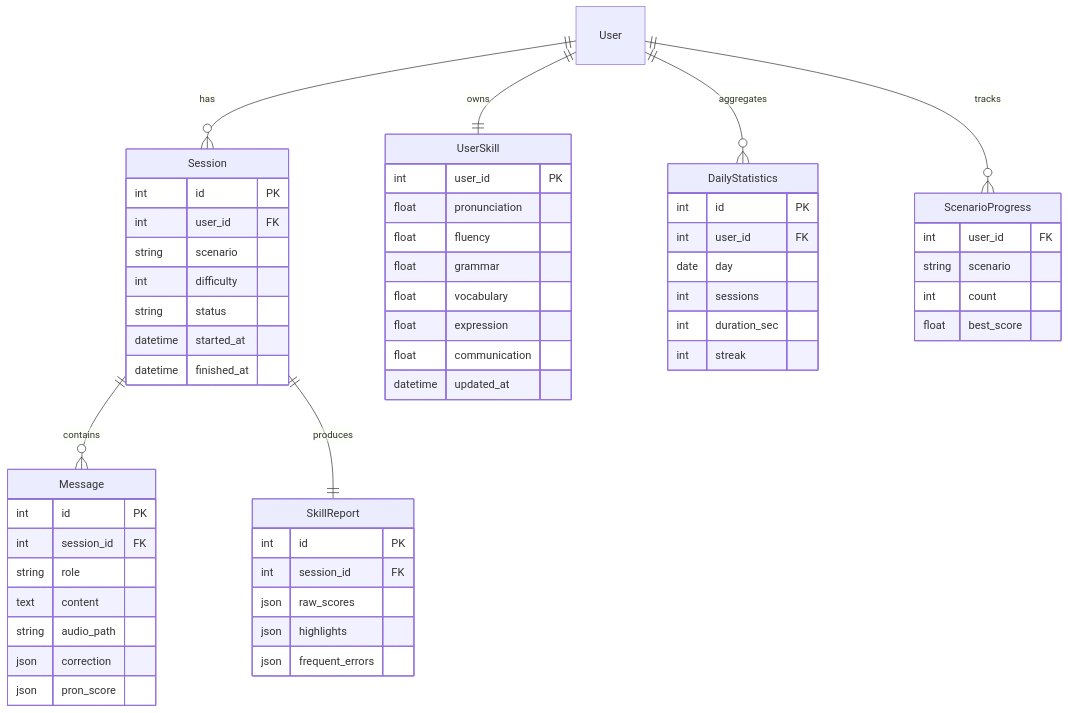
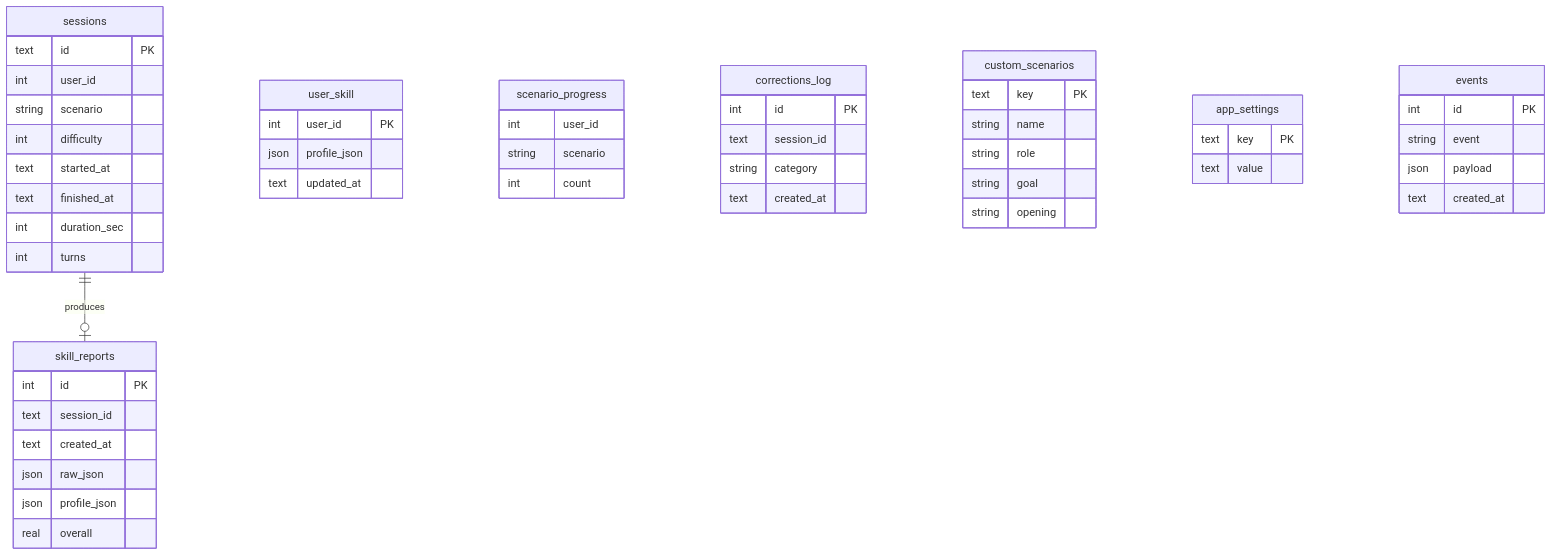
Before and after one commit to zhoutingunl/speak_mate: the third of 3 diagrams in design.md, drawn with Mermaid. The commit also changed other lines of this file and 2 other files, not shown here.

````diff
--- a/design.md
+++ b/design.md
@@ -472,59 +486,55 @@
 ```mermaid
 erDiagram
-    User ||--o{ Session : has
-    Session ||--o{ Message : contains
-    Session ||--|| SkillReport : produces
-    User ||--|| UserSkill : owns
-    User ||--o{ DailyStatistics : aggregates
-    User ||--o{ ScenarioProgress : tracks
-
-    Session {
-        int id PK
-        int user_id FK
+    sessions ||--o| skill_reports : produces
+    sessions {
+        text id PK
+        int user_id
         string scenario
         int difficulty
-        string status
-        datetime started_at
-        datetime finished_at
+        text started_at
+        text finished_at
+        int duration_sec
+        int turns
     }
-    Message {
+    skill_reports {
         int id PK
-        int session_id FK
-        string role
-        text content
-        string audio_path
-        json correction
-        json pron_score
+        text session_id
+        text created_at
+        json raw_json
+        json profile_json
+        real overall
     }
-    UserSkill {
+    user_skill {
         int user_id PK
-        float pronunciation
-        float fluency
-        float grammar
-        float vocabulary
-        float expression
-        float communication
-        datetime updated_at
+        json profile_json
+        text updated_at
     }
-    SkillReport {
-        int id PK
-        int session_id FK
-        json raw_scores
-        json highlights
-        json frequent_errors
-    }
-    DailyStatistics {
-        int id PK
-        int user_id FK
-        date day
-        int sessions
-        int duration_sec
-        int streak
-    }
-    ScenarioProgress {
-        int user_id FK
+    scenario_progress {
+        int user_id
         string scenario
         int count
-        float best_score
+    }
+    corrections_log {
+        int id PK
+        text session_id
+        string category
+        text created_at
+    }
+    custom_scenarios {
+        text key PK
+        string name
+        string role
+        string goal
+        string opening
+    }
+    app_settings {
+        text key PK
+        text value
+    }
+    events {
+        int id PK
+        string event
+        json payload
+        text created_at
     }
 ```
````
